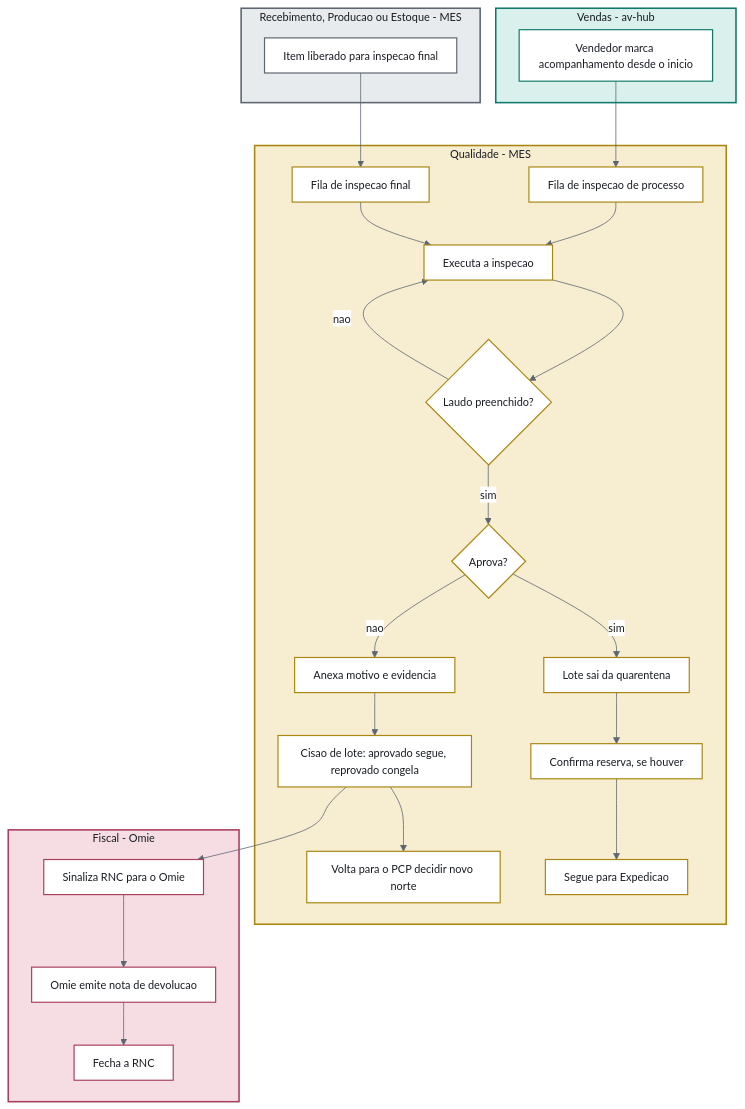
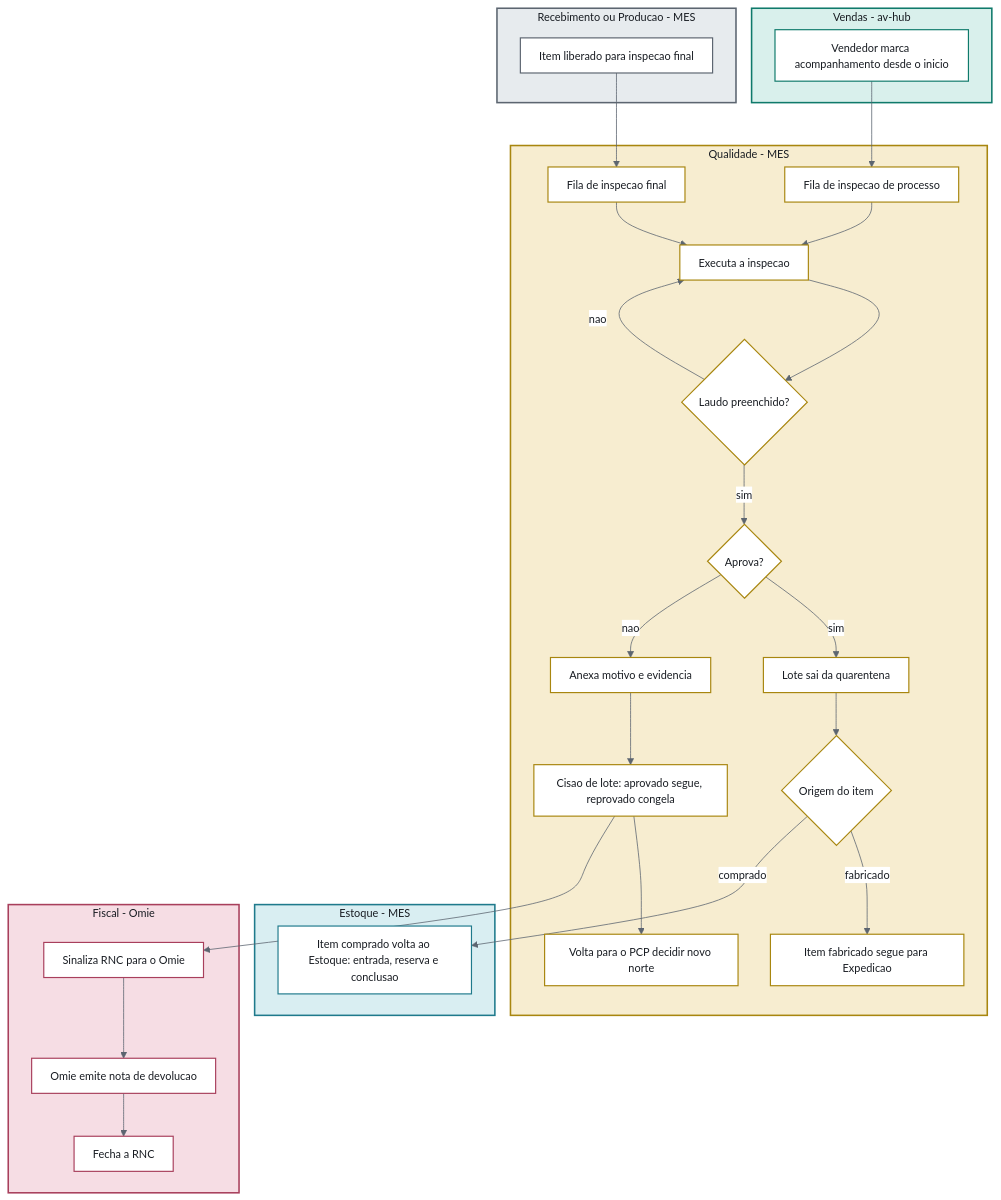
Before and after one commit to Acosvital/vault-avhub-mer: the fourth of 6 diagrams in 01-Fluxo-Operacional/Fluxogramas-Completos.md, drawn with Mermaid. The commit also changed other lines of this file and 36 other files, not shown here.

First line of the commit message:
Encaixe do Estoque e da Revenda no fluxo do PCP (MES)

````diff
--- a/01-Fluxo-Operacional/Fluxogramas-Completos.md
+++ b/01-Fluxo-Operacional/Fluxogramas-Completos.md
@@ -332,65 +348,73 @@
 ```mermaid
 %%{init: {'theme': 'base', 'themeVariables': {'primaryColor': '#ffffff', 'primaryTextColor': '#181c22', 'primaryBorderColor': '#33475a', 'lineColor': '#5c6570', 'fontFamily': 'Source Sans 3, sans-serif', 'fontSize': '14px', 'edgeLabelBackground': '#ffffff', 'textColor': '#181c22'}, 'flowchart': {'nodeSpacing': 40, 'rankSpacing': 55, 'padding': 12}}}%%
 flowchart TD
     subgraph SEC_VENDAS[Vendas - av-hub]
         A1[Vendedor marca acompanhamento desde o inicio]
     end
 
-    subgraph SEC_ORIGEM[Recebimento, Producao ou Estoque - MES]
+    subgraph SEC_ORIGEM[Recebimento ou Producao - MES]
         A2[Item liberado para inspecao final]
     end
 
     subgraph SEC_QUAL[Qualidade - MES]
         B[Fila de inspecao de processo]
         C[Fila de inspecao final]
         D[Executa a inspecao]
         E{Laudo preenchido?}
         F{Aprova?}
         G[Lote sai da quarentena]
-        H[Confirma reserva, se houver]
-        I[Segue para Expedicao]
+        H{Origem do item}
+        I2[Item fabricado segue para Expedicao]
         J[Anexa motivo e evidencia]
         K[Cisao de lote: aprovado segue, reprovado congela]
         L[Volta para o PCP decidir novo norte]
         B --> D
         C --> D
         D --> E
         E -->|nao| D
         E -->|sim| F
-        F -->|sim| G --> H --> I
+        F -->|sim| G --> H
+        H -->|fabricado| I2
         F -->|nao| J --> K --> L
+    end
+
+    subgraph SEC_ESTOQUE[Estoque - MES]
+        I1[Item comprado volta ao Estoque: entrada, reserva e conclusao]
     end
 
     subgraph SEC_FISCAL[Fiscal - Omie]
         M[Sinaliza RNC para o Omie]
         N[Omie emite nota de devolucao]
         O[Fecha a RNC]
         M --> N --> O
     end
 
     A1 --> B
     A2 --> C
+    H -->|comprado| I1
     K --> M
 
     style SEC_VENDAS fill:#d9f0ec,stroke:#0f7a6b,stroke-width:2px,color:#181c22
     style SEC_ORIGEM fill:#e7ebee,stroke:#5c6570,stroke-width:2px,color:#181c22
     style SEC_QUAL fill:#f7edd0,stroke:#a8860f,stroke-width:2px,color:#181c22
+    style SEC_ESTOQUE fill:#d9eef2,stroke:#1f7a8c,stroke-width:2px,color:#181c22
     style SEC_FISCAL fill:#f6dde4,stroke:#a83f5c,stroke-width:2px,color:#181c22
 
     style A1 fill:#ffffff,stroke:#0f7a6b,stroke-width:1.5px,color:#181c22
     style A2 fill:#ffffff,stroke:#5c6570,stroke-width:1.5px,color:#181c22
     style B fill:#ffffff,stroke:#a8860f,stroke-width:1.5px,color:#181c22
     style C fill:#ffffff,stroke:#a8860f,stroke-width:1.5px,color:#181c22
     style D fill:#ffffff,stroke:#a8860f,stroke-width:1.5px,color:#181c22
     style E fill:#ffffff,stroke:#a8860f,stroke-width:1.5px,color:#181c22
     style F fill:#ffffff,stroke:#a8860f,stroke-width:1.5px,color:#181c22
     style G fill:#ffffff,stroke:#a8860f,stroke-width:1.5px,color:#181c22
     style H fill:#ffffff,stroke:#a8860f,stroke-width:1.5px,color:#181c22
-    style I fill:#ffffff,stroke:#a8860f,stroke-width:1.5px,color:#181c22
+    style I2 fill:#ffffff,stroke:#a8860f,stroke-width:1.5px,color:#181c22
     style J fill:#ffffff,stroke:#a8860f,stroke-width:1.5px,color:#181c22
     style K fill:#ffffff,stroke:#a8860f,stroke-width:1.5px,color:#181c22
     style L fill:#ffffff,stroke:#a8860f,stroke-width:1.5px,color:#181c22
+    style I1 fill:#ffffff,stroke:#1f7a8c,stroke-width:1.5px,color:#181c22
     style M fill:#ffffff,stroke:#a83f5c,stroke-width:1.5px,color:#181c22
     style N fill:#ffffff,stroke:#a83f5c,stroke-width:1.5px,color:#181c22
     style O fill:#ffffff,stroke:#a83f5c,stroke-width:1.5px,color:#181c22
 ```
````
